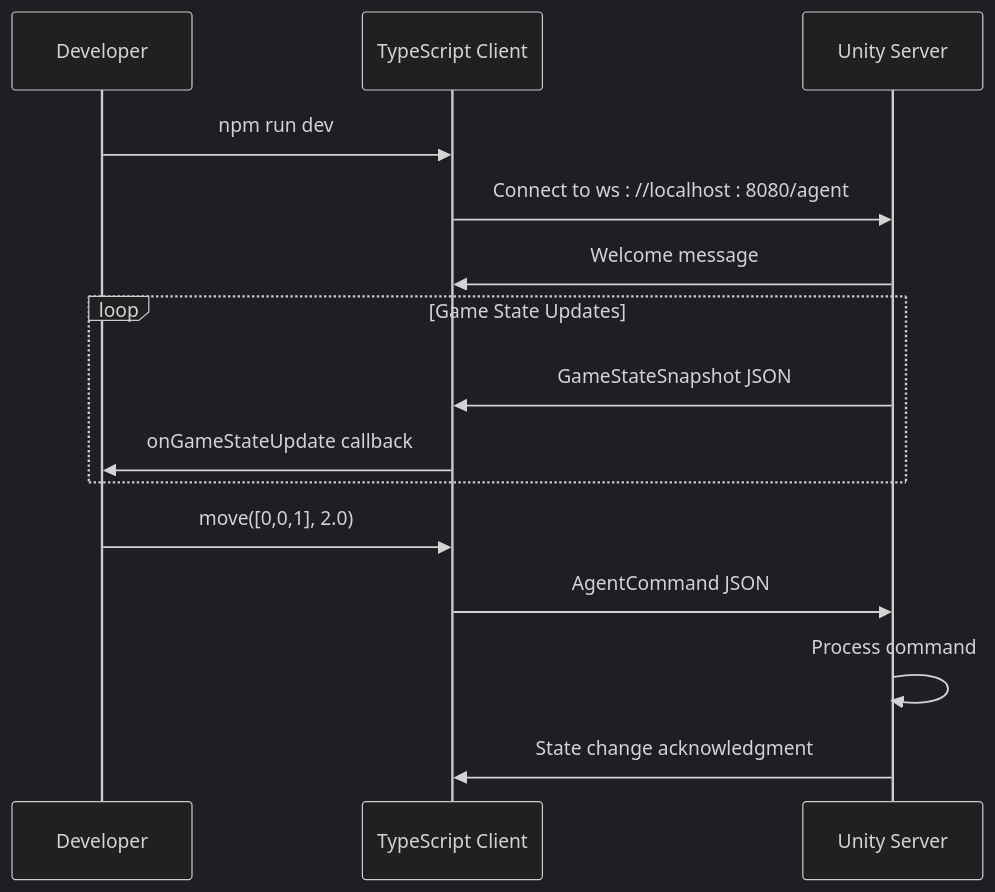
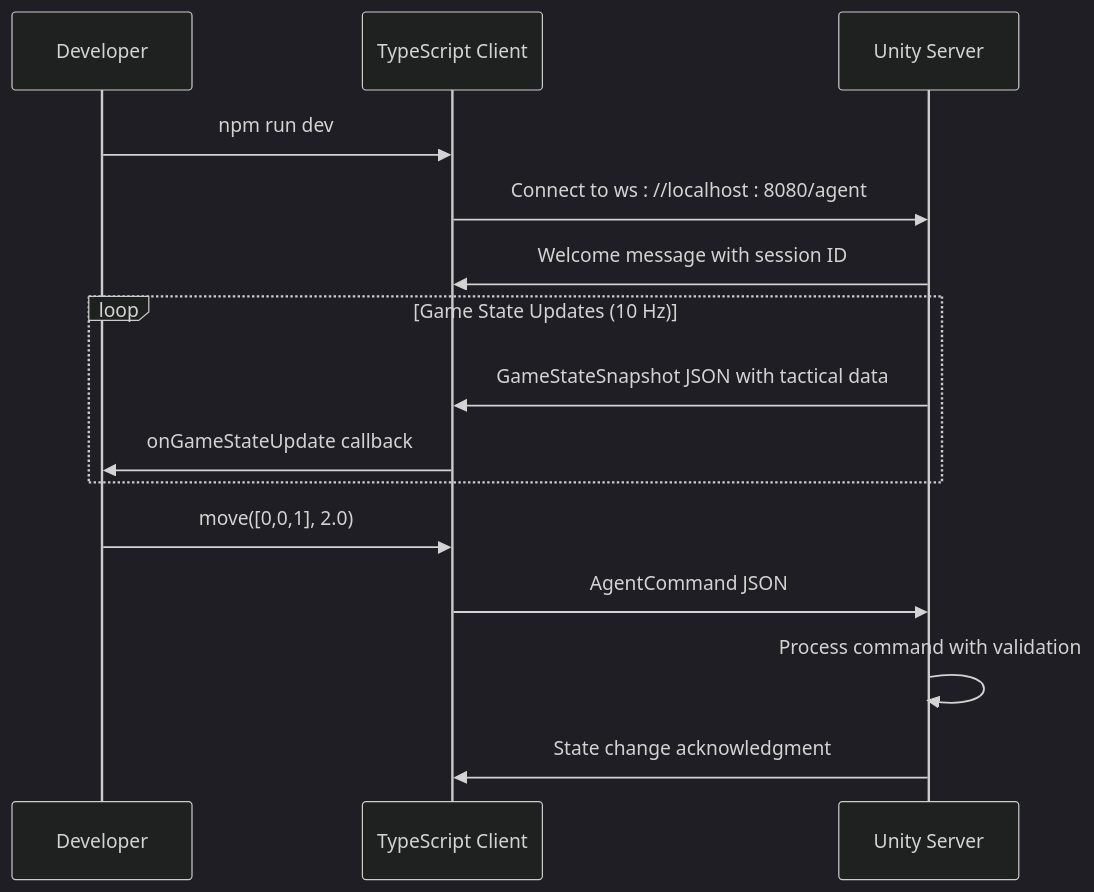
Before and after one commit to kandeng/AI-Controlled-battle-game: the fifth of 5 diagrams in .qoder/repowiki/en/content/System Architecture/WebSocket AI Agent Integration System.md, drawn with Mermaid (dark theme). The commit also changed other lines of this file and 76 other files, not shown here.

````diff
--- a/.qoder/repowiki/en/content/System Architecture/WebSocket AI Agent Integration System.md
+++ b/.qoder/repowiki/en/content/System Architecture/WebSocket AI Agent Integration System.md
@@ -418,17 +420,17 @@
 ```mermaid
 sequenceDiagram
 participant Dev as Developer
 participant TSClient as TypeScript Client
 participant Unity as Unity Server
 Dev->>TSClient : npm run dev
 TSClient->>Unity : Connect to ws : //localhost : 8080/agent
-Unity->>TSClient : Welcome message
-loop Game State Updates
-Unity->>TSClient : GameStateSnapshot JSON
+Unity->>TSClient : Welcome message with session ID
+loop Game State Updates (10 Hz)
+Unity->>TSClient : GameStateSnapshot JSON with tactical data
 TSClient->>Dev : onGameStateUpdate callback
 end
 Dev->>TSClient : move([0,0,1], 2.0)
 TSClient->>Unity : AgentCommand JSON
-Unity->>Unity : Process command
+Unity->>Unity : Process command with validation
 Unity->>TSClient : State change acknowledgment
 ```
````
